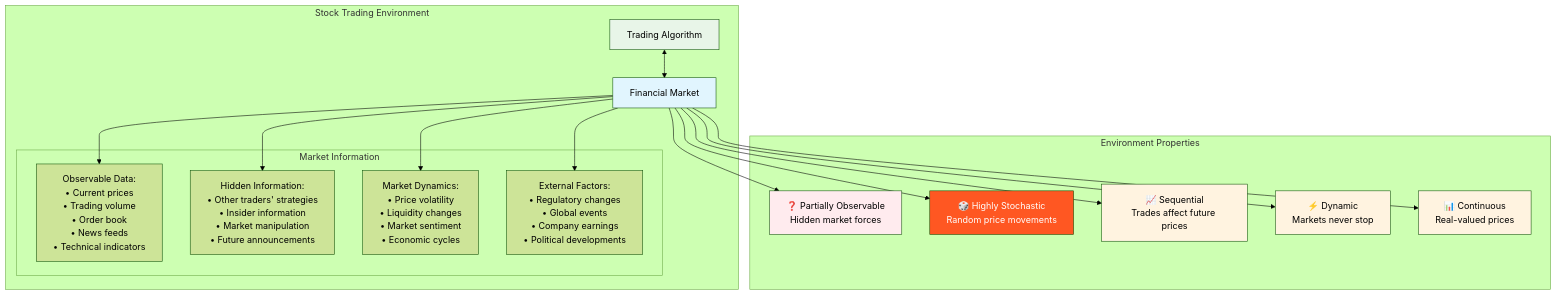
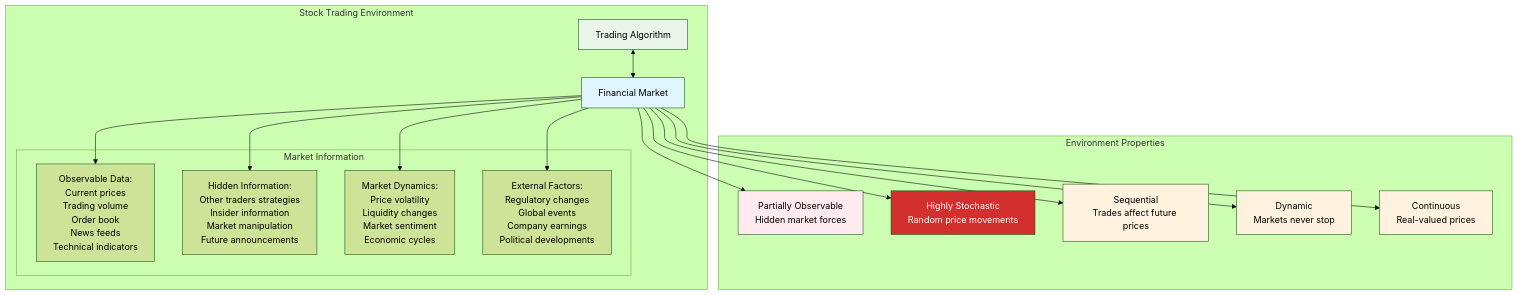
Before and after one commit to abstracted-m7/Data-Science: the tenth of 16 diagrams in Hand-Notes/Theory-AI-Basics/Environments/README.md, drawn with Mermaid (forest theme). The commit also changed other lines of this file, not shown here.

````diff
--- a/Hand-Notes/Theory-AI-Basics/Environments/README.md
+++ b/Hand-Notes/Theory-AI-Basics/Environments/README.md
@@ -432,43 +432,43 @@
 ```mermaid
 graph TB
     subgraph "Stock Trading Environment"
         A[Trading Algorithm] <--> B[Financial Market]
         
         subgraph "Market Information"
-            C[Observable Data:<br/>• Current prices<br/>• Trading volume<br/>• Order book<br/>• News feeds<br/>• Technical indicators]
+            C[Observable Data:<br/>Current prices<br/>Trading volume<br/>Order book<br/>News feeds<br/>Technical indicators]
             
-            D[Hidden Information:<br/>• Other traders' strategies<br/>• Insider information<br/>• Market manipulation<br/>• Future announcements]
+            D[Hidden Information:<br/>Other traders strategies<br/>Insider information<br/>Market manipulation<br/>Future announcements]
             
-            E[Market Dynamics:<br/>• Price volatility<br/>• Liquidity changes<br/>• Market sentiment<br/>• Economic cycles]
+            E[Market Dynamics:<br/>Price volatility<br/>Liquidity changes<br/>Market sentiment<br/>Economic cycles]
             
-            F[External Factors:<br/>• Regulatory changes<br/>• Global events<br/>• Company earnings<br/>• Political developments]
+            F[External Factors:<br/>Regulatory changes<br/>Global events<br/>Company earnings<br/>Political developments]
         end
     end
     
     B --> C
     B --> D
     B --> E
     B --> F
     
     subgraph "Environment Properties"
-        G[❓ Partially Observable<br/>Hidden market forces]
-        H[🎲 Highly Stochastic<br/>Random price movements]
-        I[📈 Sequential<br/>Trades affect future prices]
-        J[⚡ Dynamic<br/>Markets never stop]
-        K[📊 Continuous<br/>Real-valued prices]
+        G[Partially Observable<br/>Hidden market forces]
+        H[Highly Stochastic<br/>Random price movements]
+        I[Sequential<br/>Trades affect future prices]
+        J[Dynamic<br/>Markets never stop]
+        K[Continuous<br/>Real-valued prices]
     end
     
     B --> G
     B --> H
     B --> I
     B --> J
     B --> K
     
     style A fill:#e8f5e8
     style B fill:#e1f5fe
     style G fill:#ffebee
-    style H fill:#ff5722,color:#fff
+    style H fill:#d32f2f,color:#fff
     style I fill:#fff3e0
     style J fill:#fff3e0
     style K fill:#fff3e0
 ```
````
